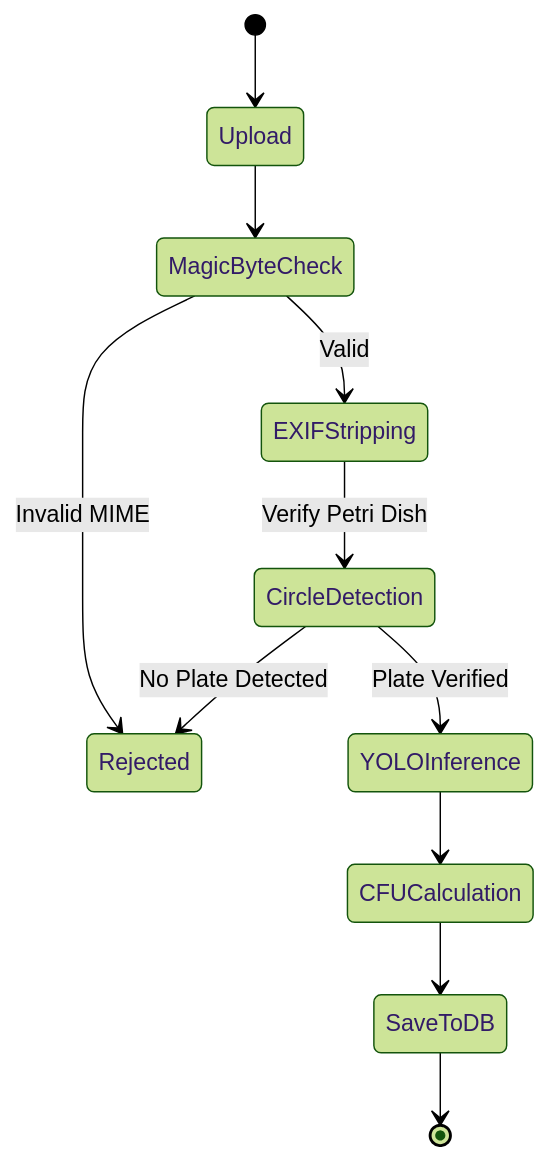
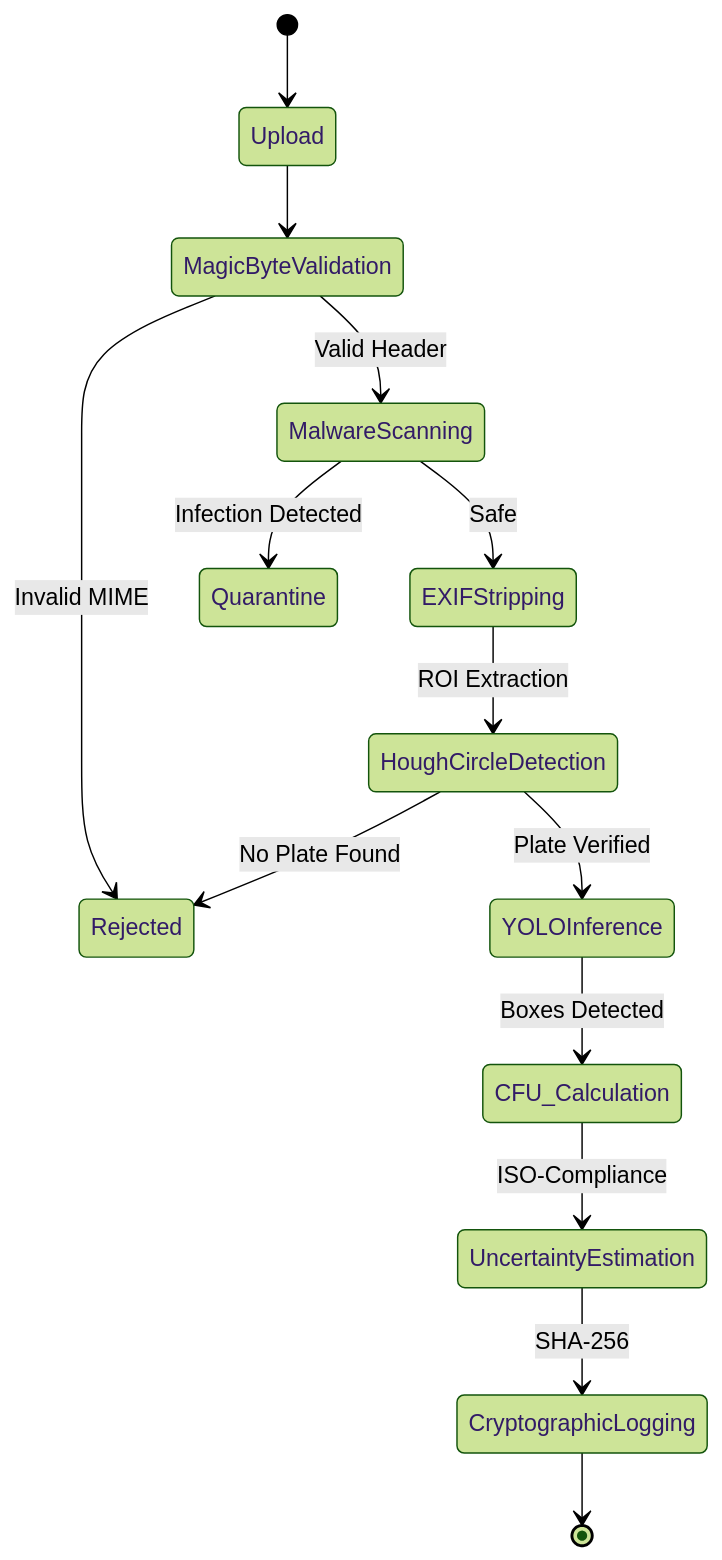
The third of 6 diagrams in project-management/08-uml-architecture.md (wi5nuu/colonyai), drawn with Mermaid (forest theme) before and after one commit. The commit also changed other lines of this file and 70 other files, not shown here.

````diff
--- a/project-management/08-uml-architecture.md
+++ b/project-management/08-uml-architecture.md
@@ -77,13 +88,17 @@
 ```mermaid
 stateDiagram-v2
     [*] --> Upload
-    Upload --> MagicByteCheck
-    MagicByteCheck --> Rejected : Invalid MIME
-    MagicByteCheck --> EXIFStripping : Valid
-    EXIFStripping --> CircleDetection : Verify Petri Dish
-    CircleDetection --> Rejected : No Plate Detected
-    CircleDetection --> YOLOInference : Plate Verified
-    YOLOInference --> CFUCalculation
-    CFUCalculation --> SaveToDB
-    SaveToDB --> [*]
+    Upload --> MagicByteValidation
+    MagicByteValidation --> MalwareScanning : Valid Header
+    MalwareScanning --> EXIFStripping : Safe
+    EXIFStripping --> HoughCircleDetection : ROI Extraction
+    HoughCircleDetection --> Rejected : No Plate Found
+    HoughCircleDetection --> YOLOInference : Plate Verified
+    YOLOInference --> CFU_Calculation : Boxes Detected
+    CFU_Calculation --> UncertaintyEstimation : ISO-Compliance
+    UncertaintyEstimation --> CryptographicLogging : SHA-256
+    CryptographicLogging --> [*]
+    
+    MagicByteValidation --> Rejected : Invalid MIME
+    MalwareScanning --> Quarantine : Infection Detected
 ```
````
